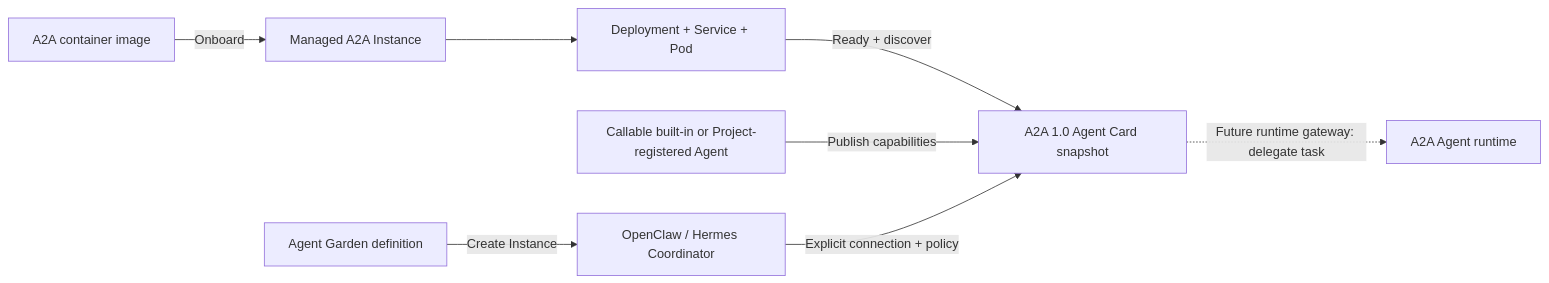
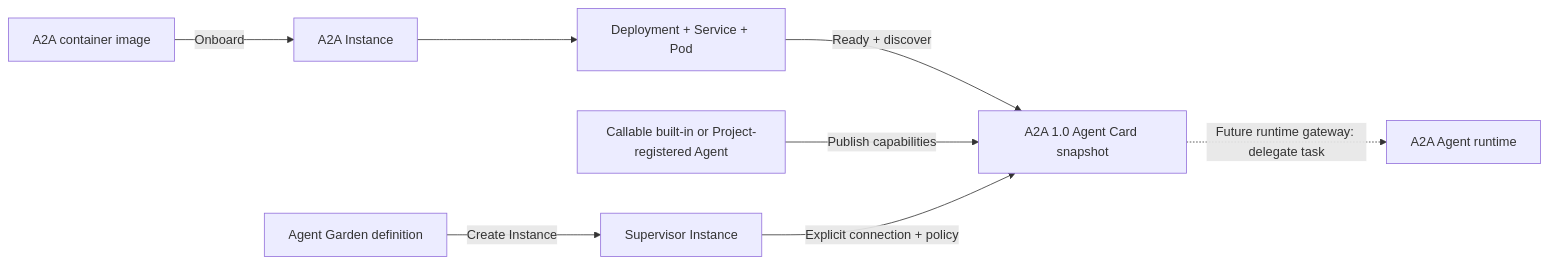
The diagram in docs/agent-garden-architecture.md (feng2009-hub/tasklattice-relay), drawn with Mermaid before and after one commit. The commit also changed other lines of this file and 34 other files, not shown here.

````diff
--- a/docs/agent-garden-architecture.md
+++ b/docs/agent-garden-architecture.md
@@ -24,10 +25,10 @@
 ```mermaid
 flowchart LR
-  G["Agent Garden definition"] -->|"Create Instance"| C["OpenClaw / Hermes Coordinator"]
-  I["A2A container image"] -->|"Onboard"| MI["Managed A2A Instance"]
+  G["Agent Garden definition"] -->|"Create Instance"| C["Supervisor Instance"]
+  I["A2A container image"] -->|"Onboard"| MI["A2A Instance"]
   MI --> K["Deployment + Service + Pod"]
   K -->|"Ready + discover"| D["A2A 1.0 Agent Card snapshot"]
   R["Callable built-in or Project-registered Agent"] -->|"Publish capabilities"| D
   C -->|"Explicit connection + policy"| D
   D -.->|"Future runtime gateway: delegate task"| A["A2A Agent runtime"]
 ```
````
